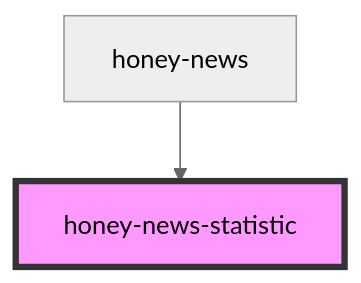
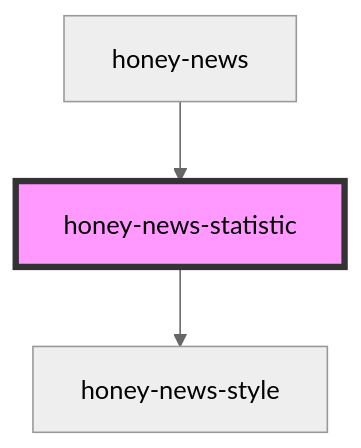
Before and after one commit to Huluvu424242/honey-news: the diagram in src/components/honey-news/statistic/readme.md, drawn with Mermaid (neutral theme). The commit also changed other lines of this file and 30 other files, not shown here.

````diff
--- a/src/components/honey-news/statistic/readme.md
+++ b/src/components/honey-news/statistic/readme.md
@@ -35,5 +39,6 @@
 ```mermaid
 graph TD;
+  honey-news-statistic --> honey-news-style
   honey-news --> honey-news-statistic
   style honey-news-statistic fill:#f9f,stroke:#333,stroke-width:4px
 ```
````
